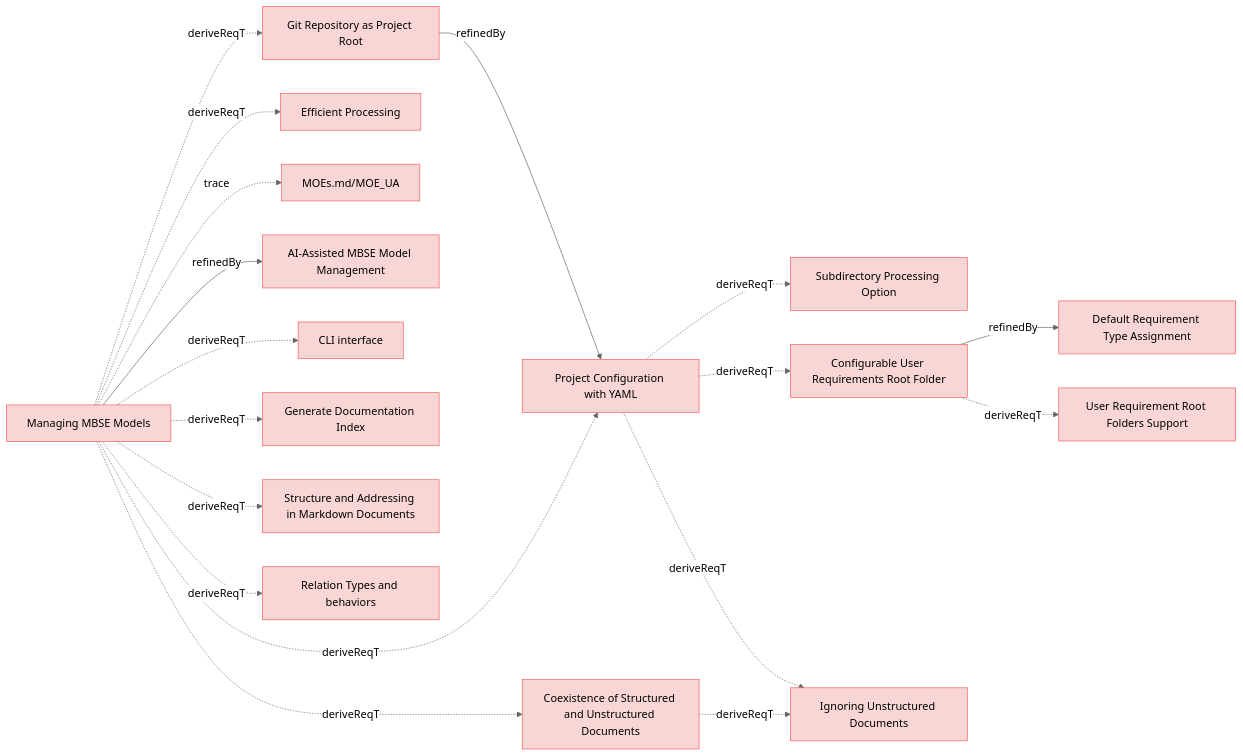
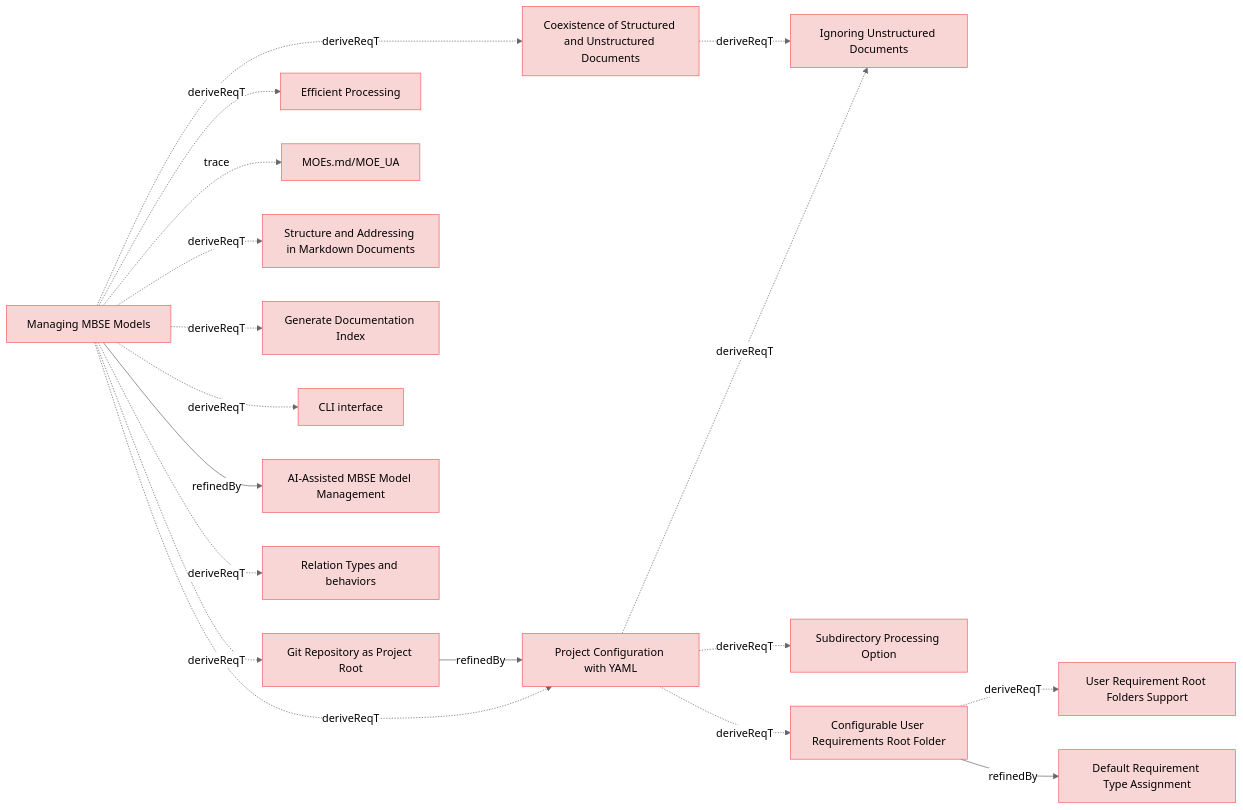
One commit to reqvire-org/reqvire changed the diagram in specifications/ManagingMbseModelsRequirements.md. Above: the diagram before and after it, drawn with Mermaid (neutral theme). The commit also changed other lines of this file and 23 other files, not shown here.

````diff
--- a/specifications/ManagingMbseModelsRequirements.md
+++ b/specifications/ManagingMbseModelsRequirements.md
@@ -4,74 +4,74 @@
 ```mermaid
 graph LR;
   %% Graph styling
   classDef requirement fill:#f9d6d6,stroke:#f55f5f,stroke-width:1px;
   classDef verification fill:#d6f9d6,stroke:#5fd75f,stroke-width:1px;
   classDef externalLink fill:#d0e0ff,stroke:#3080ff,stroke-width:1px;
   classDef default fill:#f5f5f5,stroke:#333333,stroke-width:1px;
 
   c9cc6878a73bb951["Default Requirement Type Assignment"];
   class c9cc6878a73bb951 requirement;
   click c9cc6878a73bb951 "ManagingMbseModelsRequirements.md#default-requirement-type-assignment";
-  649d72765b13e14f["Git Repository as Project Root"];
-  class 649d72765b13e14f requirement;
-  click 649d72765b13e14f "ManagingMbseModelsRequirements.md#git-repository-as-project-root";
+  f0d721424636370e["Coexistence of Structured and Unstructured Documents"];
+  class f0d721424636370e requirement;
+  click f0d721424636370e "ManagingMbseModelsRequirements.md#coexistence-of-structured-and-unstructured-documents";
+  be83c2991e9535c7["Ignoring Unstructured Documents"];
+  class be83c2991e9535c7 requirement;
+  click be83c2991e9535c7 "SystemRequirements/Requirements.md#ignoring-unstructured-documents";
+  f0d721424636370e -.->|deriveReqT| be83c2991e9535c7;
   16b4b380c917deb1["Project Configuration with YAML"];
   class 16b4b380c917deb1 requirement;
   click 16b4b380c917deb1 "ManagingMbseModelsRequirements.md#project-configuration-with-yaml";
-  649d72765b13e14f -->|refinedBy| 16b4b380c917deb1;
-  d193d11c43776bec["Efficient Processing"];
-  class d193d11c43776bec requirement;
-  click d193d11c43776bec "ManagingMbseModelsRequirements.md#efficient-processing";
+  16b4b380c917deb1 -.->|deriveReqT| be83c2991e9535c7;
   7bdf935ec6d8effe["Subdirectory Processing Option"];
   class 7bdf935ec6d8effe requirement;
   click 7bdf935ec6d8effe "SystemRequirements/Requirements.md#subdirectory-processing-option";
   16b4b380c917deb1 -.->|deriveReqT| 7bdf935ec6d8effe;
   d9354ef2eca0f2d0["Configurable User Requirements Root Folder"];
   class d9354ef2eca0f2d0 requirement;
   click d9354ef2eca0f2d0 "ManagingMbseModelsRequirements.md#configurable-user-requirements-root-folder";
   16b4b380c917deb1 -.->|deriveReqT| d9354ef2eca0f2d0;
-  be83c2991e9535c7["Ignoring Unstructured Documents"];
-  class be83c2991e9535c7 requirement;
-  click be83c2991e9535c7 "SystemRequirements/Requirements.md#ignoring-unstructured-documents";
-  16b4b380c917deb1 -.->|deriveReqT| be83c2991e9535c7;
-  d9354ef2eca0f2d0 -->|refinedBy| c9cc6878a73bb951;
+  649d72765b13e14f["Git Repository as Project Root"];
+  class 649d72765b13e14f requirement;
+  click 649d72765b13e14f "ManagingMbseModelsRequirements.md#git-repository-as-project-root";
+  649d72765b13e14f -->|refinedBy| 16b4b380c917deb1;
+  d193d11c43776bec["Efficient Processing"];
+  class d193d11c43776bec requirement;
+  click d193d11c43776bec "ManagingMbseModelsRequirements.md#efficient-processing";
   a9d6e2569d5acd60["User Requirement Root Folders Support"];
   class a9d6e2569d5acd60 requirement;
   click a9d6e2569d5acd60 "SystemRequirements/Requirements.md#user-requirement-root-folders-support";
   d9354ef2eca0f2d0 -.->|deriveReqT| a9d6e2569d5acd60;
-  f0d721424636370e["Coexistence of Structured and Unstructured Documents"];
-  class f0d721424636370e requirement;
-  click f0d721424636370e "ManagingMbseModelsRequirements.md#coexistence-of-structured-and-unstructured-documents";
-  f0d721424636370e -.->|deriveReqT| be83c2991e9535c7;
+  d9354ef2eca0f2d0 -->|refinedBy| c9cc6878a73bb951;
   e61b7c1baa89bfc6["Managing MBSE Models"];
   class e61b7c1baa89bfc6 requirement;
   click e61b7c1baa89bfc6 "UserStories.md#managing-mbse-models";
   2c5f30f14e792200["MOEs.md/MOE_UA"];
   class 2c5f30f14e792200 requirement;
   click 2c5f30f14e792200 "MOEs.md#moe_ua";
   e61b7c1baa89bfc6 -.->|trace| 2c5f30f14e792200;
+  ade67c27bc5d3bbd["Structure and Addressing in Markdown Documents"];
+  class ade67c27bc5d3bbd requirement;
+  click ade67c27bc5d3bbd "SpecificationsRequirements.md#structure-and-addressing-in-markdown-documents";
+  e61b7c1baa89bfc6 -.->|deriveReqT| ade67c27bc5d3bbd;
+  c2b6c74b77726ad9["Generate Documentation Index"];
+  class c2b6c74b77726ad9 requirement;
+  click c2b6c74b77726ad9 "UserRequirements.md#generate-documentation-index";
+  e61b7c1baa89bfc6 -.->|deriveReqT| c2b6c74b77726ad9;
+  e61b7c1baa89bfc6 -.->|deriveReqT| f0d721424636370e;
+  e61b7c1baa89bfc6 -.->|deriveReqT| 16b4b380c917deb1;
+  f28849d46c19af44["CLI interface"];
+  class f28849d46c19af44 requirement;
+  click f28849d46c19af44 "UserRequirements.md#cli-interface";
+  e61b7c1baa89bfc6 -.->|deriveReqT| f28849d46c19af44;
   cd2d5dab49985ca2["AI-Assisted MBSE Model Management"];
   class cd2d5dab49985ca2 requirement;
   click cd2d5dab49985ca2 "UserStories.md#ai-assisted-mbse-model-management";
   e61b7c1baa89bfc6 -->|refinedBy| cd2d5dab49985ca2;
-  f28849d46c19af44["CLI interface"];
-  class f28849d46c19af44 requirement;
-  click f28849d46c19af44 "UserRequirements.md#cli-interface";
-  e61b7c1baa89bfc6 -.->|deriveReqT| f28849d46c19af44;
   e61b7c1baa89bfc6 -.->|deriveReqT| 649d72765b13e14f;
   e61b7c1baa89bfc6 -.->|deriveReqT| d193d11c43776bec;
-  c2b6c74b77726ad9["Generate Documentation Index"];
-  class c2b6c74b77726ad9 requirement;
-  click c2b6c74b77726ad9 "UserRequirements.md#generate-documentation-index";
-  e61b7c1baa89bfc6 -.->|deriveReqT| c2b6c74b77726ad9;
-  e61b7c1baa89bfc6 -.->|deriveReqT| 16b4b380c917deb1;
-  ade67c27bc5d3bbd["Structure and Addressing in Markdown Documents"];
-  class ade67c27bc5d3bbd requirement;
-  click ade67c27bc5d3bbd "SpecificationsRequirements.md#structure-and-addressing-in-markdown-documents";
-  e61b7c1baa89bfc6 -.->|deriveReqT| ade67c27bc5d3bbd;
   551906d5c51d91d9["Relation Types and behaviors"];
   class 551906d5c51d91d9 requirement;
   click 551906d5c51d91d9 "SpecificationsRequirements.md#relation-types-and-behaviors";
   e61b7c1baa89bfc6 -.->|deriveReqT| 551906d5c51d91d9;
-  e61b7c1baa89bfc6 -.->|deriveReqT| f0d721424636370e;
 ```
````
